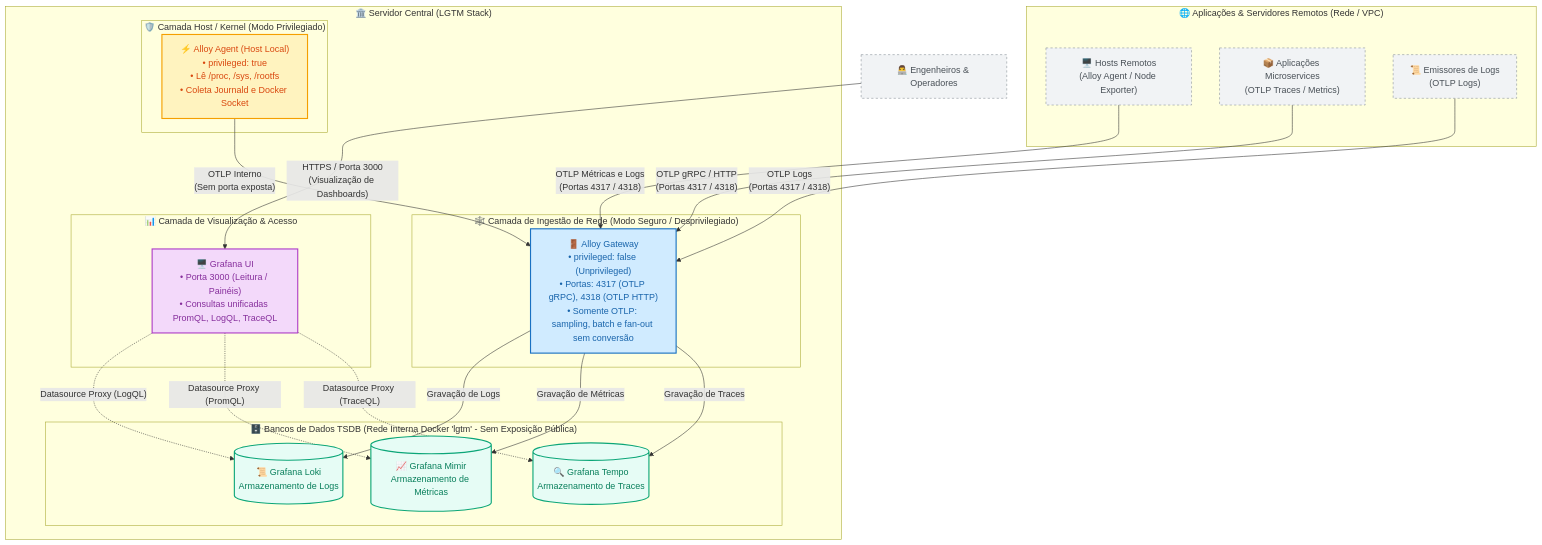
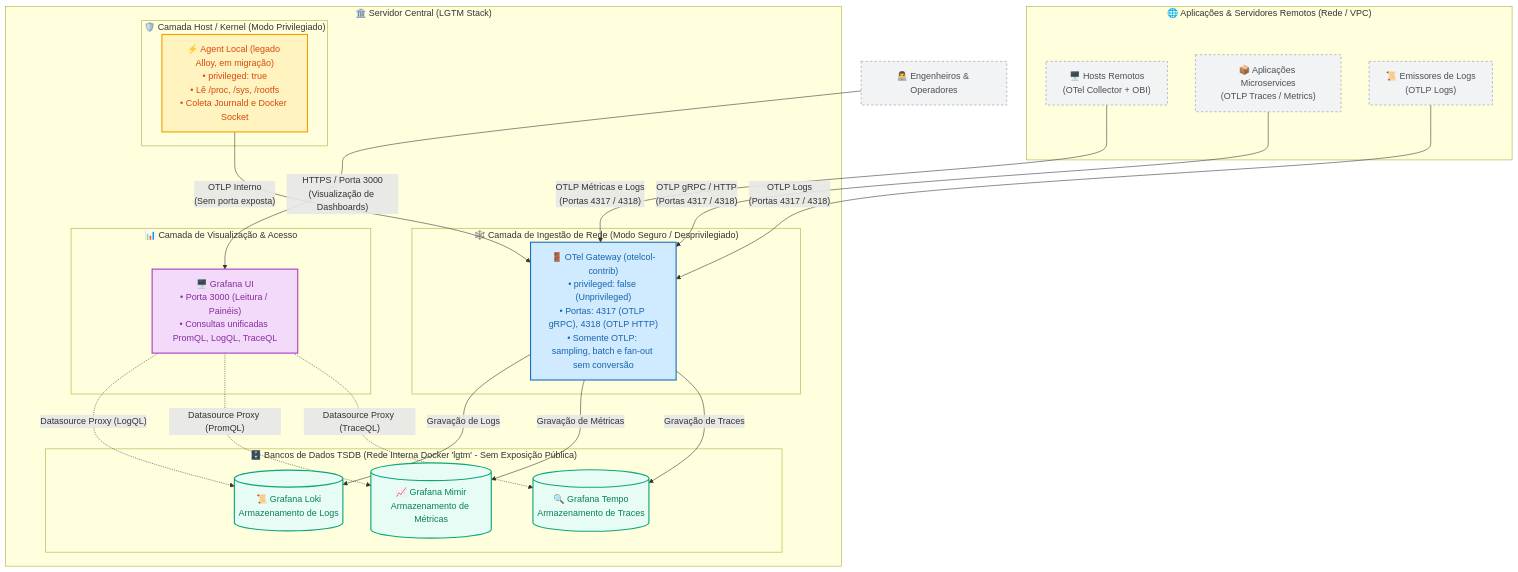
Before and after one commit to danielsabatini/lgtm-stack-otel: the diagram in docs/diagrams/lgtm-architecture-topology.mmd, drawn with Mermaid. The commit also changed 64 other files, not shown here.

```diff
--- a/docs/diagrams/lgtm-architecture-topology.mmd
+++ b/docs/diagrams/lgtm-architecture-topology.mmd
@@ -1,50 +1,50 @@
 flowchart TB
     %% Estilos e Classes
     classDef hostBox fill:#f8f9fa,stroke:#495057,stroke-width:2px,color:#212529;
     classDef privBox fill:#fff3bf,stroke:#f59f00,stroke-width:2px,color:#d9480f;
     classDef gtwBox fill:#d0ebff,stroke:#1971c2,stroke-width:2px,color:#1864ab;
     classDef tsdbBox fill:#e6fcf5,stroke:#0ca678,stroke-width:2px,color:#087f5b;
     classDef uiBox fill:#f3d9fa,stroke:#ae3ec9,stroke-width:2px,color:#862e9c;
     classDef extBox fill:#f1f3f5,stroke:#868e96,stroke-dasharray: 4 4,color:#495057;
 
     subgraph EXT ["🌐 Aplicações & Servidores Remotos (Rede / VPC)"]
-        APP1["🖥️ Hosts Remotos<br/>(Alloy Agent / Node Exporter)"]:::extBox
+        APP1["🖥️ Hosts Remotos<br/>(OTel Collector + OBI)"]:::extBox
         APP2["📦 Aplicações Microservices<br/>(OTLP Traces / Metrics)"]:::extBox
         APP3["📜 Emissores de Logs<br/>(OTLP Logs)"]:::extBox
     end
 
     subgraph STACK ["🏛️ Servidor Central (LGTM Stack)"]
         subgraph PRIV ["🛡️ Camada Host / Kernel (Modo Privilegiado)"]
-            AGENT["⚡ Alloy Agent (Host Local)<br/>• privileged: true<br/>• Lê /proc, /sys, /rootfs<br/>• Coleta Journald e Docker Socket"]:::privBox
+            AGENT["⚡ Agent Local (legado Alloy, em migração)<br/>• privileged: true<br/>• Lê /proc, /sys, /rootfs<br/>• Coleta Journald e Docker Socket"]:::privBox
         end
 
         subgraph UNPRIV ["🕸️ Camada de Ingestão de Rede (Modo Seguro / Desprivilegiado)"]
-            GATEWAY["🚪 Alloy Gateway<br/>• privileged: false (Unprivileged)<br/>• Portas: 4317 (OTLP gRPC), 4318 (OTLP HTTP)<br/>• Somente OTLP: sampling, batch e fan-out sem conversão"]:::gtwBox
+            GATEWAY["🚪 OTel Gateway (otelcol-contrib)<br/>• privileged: false (Unprivileged)<br/>• Portas: 4317 (OTLP gRPC), 4318 (OTLP HTTP)<br/>• Somente OTLP: sampling, batch e fan-out sem conversão"]:::gtwBox
         end
 
         subgraph BACKENDS ["🗄️ Bancos de Dados TSDB (Rede Interna Docker 'lgtm' - Sem Exposição Pública)"]
             LOKI[("📜 Grafana Loki<br/>Armazenamento de Logs")]:::tsdbBox
             MIMIR[("📈 Grafana Mimir<br/>Armazenamento de Métricas")]:::tsdbBox
             TEMPO[("🔍 Grafana Tempo<br/>Armazenamento de Traces")]:::tsdbBox
         end
 
         subgraph FRONTEND ["📊 Camada de Visualização & Acesso"]
             GRAFANA["🖥️ Grafana UI<br/>• Porta 3000 (Leitura / Painéis)<br/>• Consultas unificadas PromQL, LogQL, TraceQL"]:::uiBox
         end
     end
 
     %% Conexões e Fluxos
     AGENT -->|"OTLP Interno<br/>(Sem porta exposta)"| GATEWAY
     APP1 -->|"OTLP Métricas e Logs<br/>(Portas 4317 / 4318)"| GATEWAY
     APP2 -->|"OTLP gRPC / HTTP<br/>(Portas 4317 / 4318)"| GATEWAY
     APP3 -->|"OTLP Logs<br/>(Portas 4317 / 4318)"| GATEWAY
 
     GATEWAY -->|"Gravação de Logs"| LOKI
     GATEWAY -->|"Gravação de Métricas"| MIMIR
     GATEWAY -->|"Gravação de Traces"| TEMPO
 
     GRAFANA -.->|"Datasource Proxy (LogQL)"| LOKI
     GRAFANA -.->|"Datasource Proxy (PromQL)"| MIMIR
     GRAFANA -.->|"Datasource Proxy (TraceQL)"| TEMPO
 
     USER["👨‍💻 Engenheiros & Operadores"]:::extBox -->|"HTTPS / Porta 3000<br/>(Visualização de Dashboards)"| GRAFANA
```
